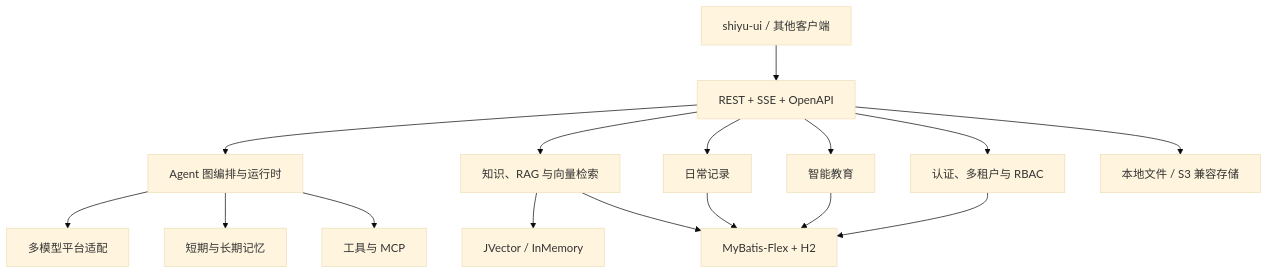
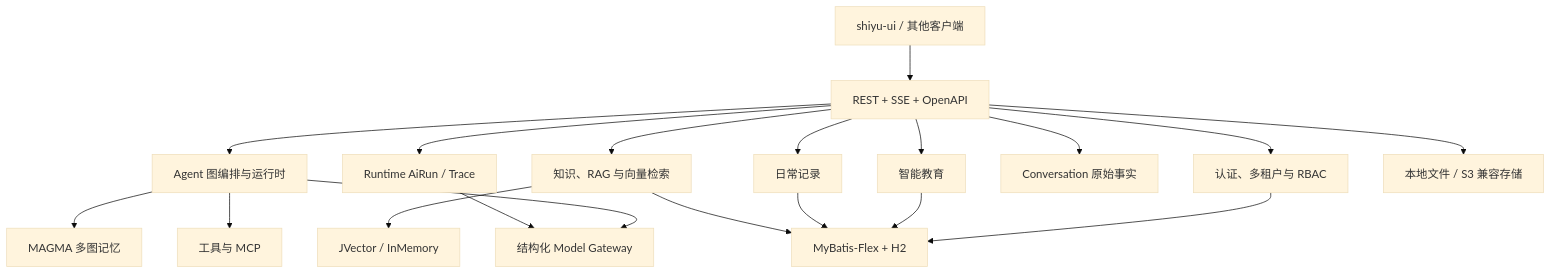
Before and after one commit to ShiRuYu/shiyu-ai: the diagram in docs/项目介绍.md, drawn with Mermaid (base theme). The commit also changed other lines of this file and 6 other files, not shown here.

Commit message:
docs: codify architecture and development conventions

````diff
--- a/docs/项目介绍.md
+++ b/docs/项目介绍.md
@@ -65,18 +72,21 @@
 ```mermaid
 flowchart TB
     UI["shiyu-ui / 其他客户端"] --> WEB["REST + SSE + OpenAPI"]
     WEB --> AUTH["认证、多租户与 RBAC"]
     WEB --> AGENT["Agent 图编排与运行时"]
     WEB --> KNOWLEDGE["知识、RAG 与向量检索"]
     WEB --> EDUCATION["智能教育"]
     WEB --> RECORD["日常记录"]
     AGENT --> MODEL["多模型平台适配"]
-    AGENT --> MEMORY["短期与长期记忆"]
+    WEB --> CONVERSATION["Conversation 原始事实"]
+    WEB --> RUNTIME["Runtime AiRun / Trace"]
+    AGENT --> MEMORY["MAGMA 多图记忆"]
+    RUNTIME --> MODEL["结构化 Model Gateway"]
     AGENT --> TOOL["工具与 MCP"]
     KNOWLEDGE --> VECTOR["JVector / InMemory"]
     AUTH --> DAL["MyBatis-Flex + H2"]
     EDUCATION --> DAL
     RECORD --> DAL
     KNOWLEDGE --> DAL
     WEB --> STORAGE["本地文件 / S3 兼容存储"]
 ```
````
